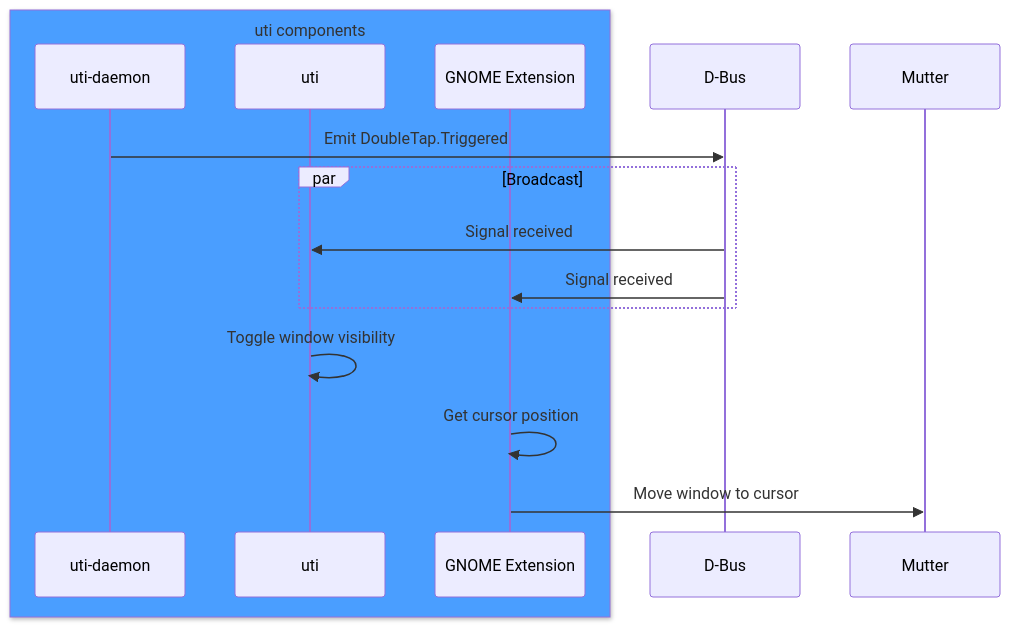
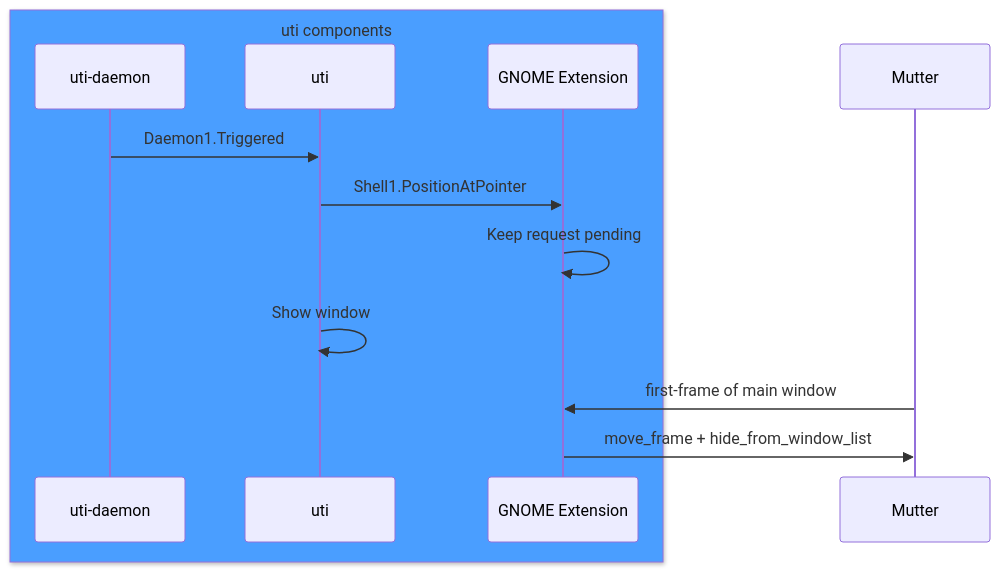
One commit to noppomario/uti changed the second of 3 diagrams in docs/ARCHITECTURE.md. Above: the diagram before and after it, drawn with Mermaid. The commit also changed other lines of this file and 2 other files, not shown here.

First line of the commit message:
docs: describe Phase 1 D-Bus contract and panel menu

````diff
--- a/docs/ARCHITECTURE.md
+++ b/docs/ARCHITECTURE.md
@@ -107,19 +107,16 @@
 ```mermaid
 sequenceDiagram
     box rgb(74, 158, 255) uti components
         participant Daemon as uti-daemon
         participant App as uti
         participant Ext as GNOME Extension
     end
-    participant DBus as D-Bus
     participant Mutter
 
-    Daemon->>DBus: Emit DoubleTap.Triggered
-    par Broadcast
-        DBus->>App: Signal received
-        DBus->>Ext: Signal received
-    end
-    App->>App: Toggle window visibility
-    Ext->>Ext: Get cursor position
-    Ext->>Mutter: Move window to cursor
+    Daemon->>App: Daemon1.Triggered
+    App->>Ext: Shell1.PositionAtPointer
+    Ext->>Ext: Keep request pending
+    App->>App: Show window
+    Mutter->>Ext: first-frame of main window
+    Ext->>Mutter: move_frame + hide_from_window_list
 ```
````
